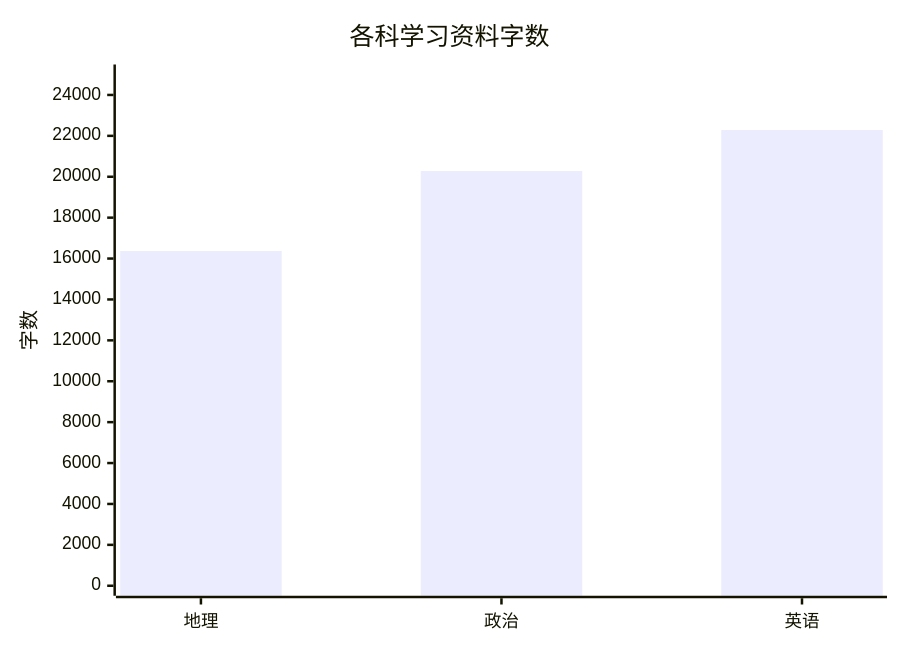
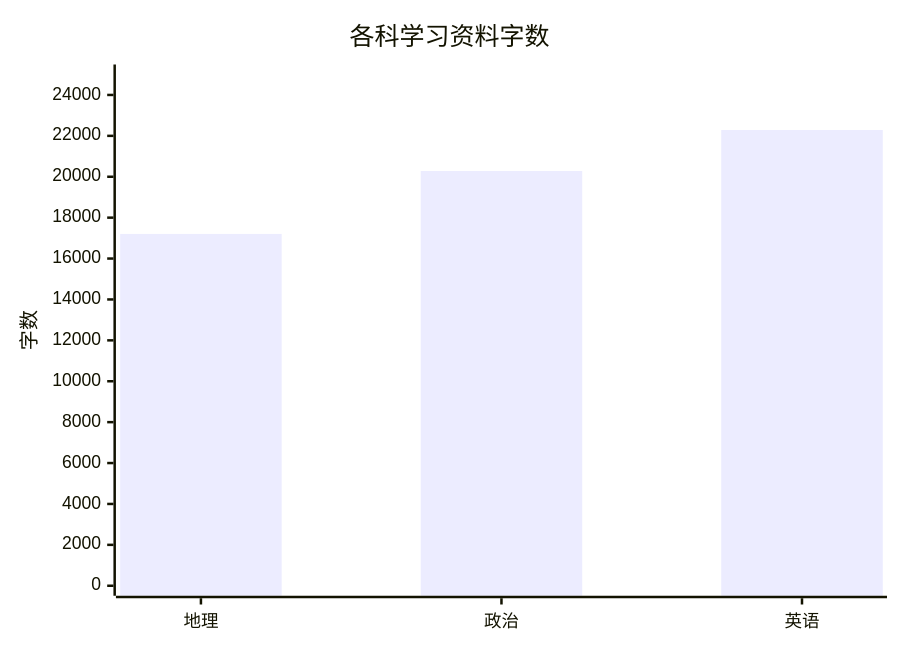
Before and after one commit to zhuchenyu2008/Learning-Library: the first of 3 diagrams in README.md, drawn with Mermaid. The commit also changed other lines of this file, not shown here.

````diff
--- a/README.md
+++ b/README.md
@@ -36,7 +36,7 @@
 ```mermaid
 xychart-beta
     title "各科学习资料字数"
     x-axis ["地理", "政治", "英语"]
     y-axis "字数" 0 --> 25000
-    bar [16367, 20279, 22288]
+    bar [17205, 20279, 22288]
 ```
````
